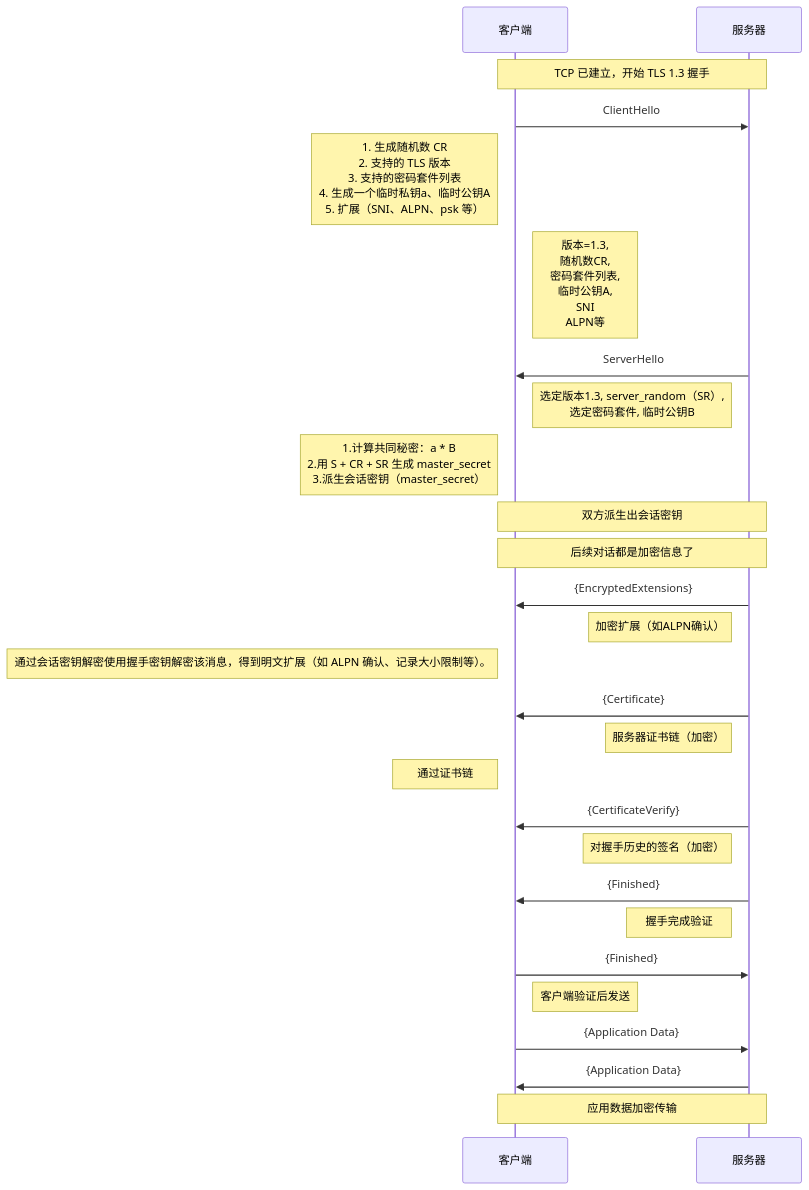
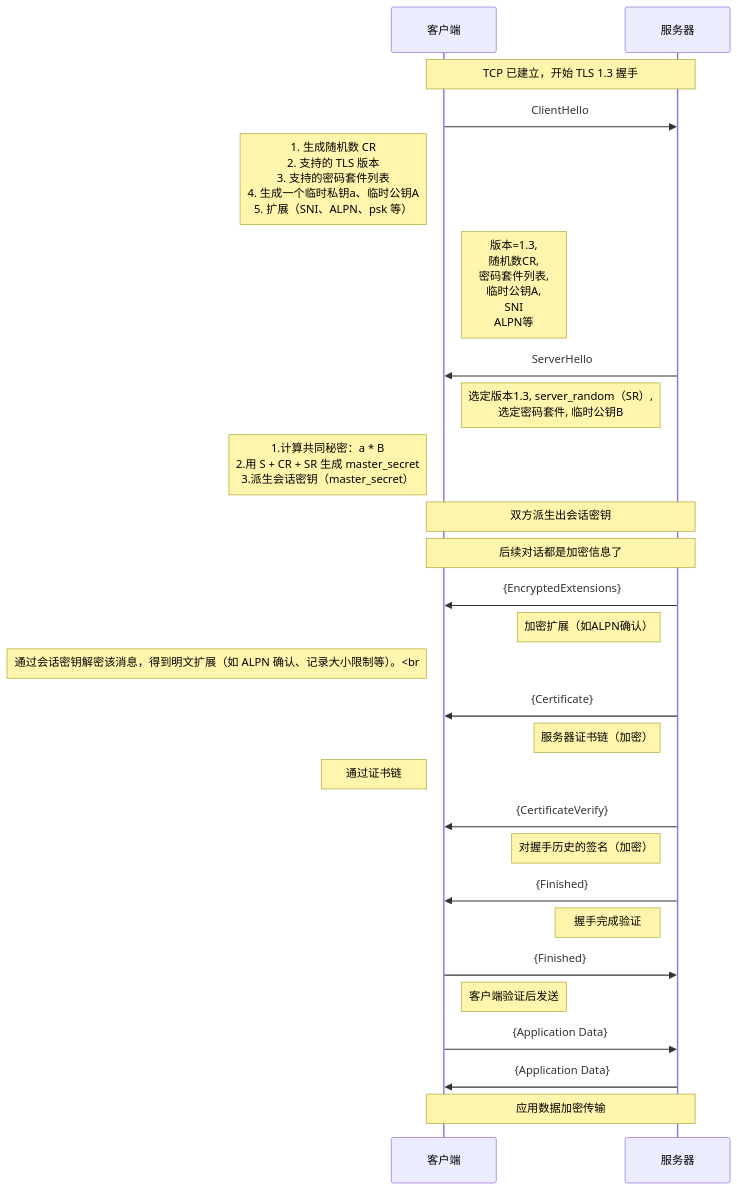
Before and after one commit to HY-10-8/iodraw-files: the diagram in all/TLS-1.3-通用.md, drawn with Mermaid.

Commit message:
2026-03-30 18:05:21 update

````diff
--- a/all/TLS-1.3-通用.md
+++ b/all/TLS-1.3-通用.md
@@ -1,39 +1,39 @@
 ```mermaid
 sequenceDiagram
     participant C as 客户端
     participant S as 服务器
 
     Note over C,S: TCP 已建立，开始 TLS 1.3 握手
 
     C->>S: ClientHello
     Note left of C: 1. 生成随机数 CR<br/> 2. 支持的 TLS 版本<br/> 3. 支持的密码套件列表<br/> 4. 生成一个临时私钥a、临时公钥A<br/> 5. 扩展（SNI、ALPN、psk 等）
     Note right of C: 版本=1.3,<br/> 随机数CR,<br/> 密码套件列表,<br/> 临时公钥A,<br/> SNI<br/> ALPN等
 
     S->>C: ServerHello
     Note left of S: 选定版本1.3, server_random（SR）,<br/> 选定密码套件, 临时公钥B
     Note left of C: 1.计算共同秘密：a * B<br/> 2.用 S + CR + SR 生成 master_secret<br/> 3.派生会话密钥（master_secret）
 
     Note over C,S: 双方派生出会话密钥
     Note over C,S: 后续对话都是加密信息了
 
     S->>C: {EncryptedExtensions}
     Note left of S: 加密扩展（如ALPN确认）
-    Note left of C: 通过会话密钥解密使用握手密钥解密该消息，得到明文扩展（如 ALPN 确认、记录大小限制等）。
+    Note left of C: 通过会话密钥解密该消息，得到明文扩展（如 ALPN 确认、记录大小限制等）。<br
 
     S->>C: {Certificate}
     Note left of S: 服务器证书链（加密）
     Note left of C: 通过证书链
 
     S->>C: {CertificateVerify}
     Note left of S: 对握手历史的签名（加密）
 
     S->>C: {Finished}
     Note left of S: 握手完成验证
 
     C->>S: {Finished}
     Note right of C: 客户端验证后发送
 
     C->>S: {Application Data}
     S->>C: {Application Data}
     Note over C,S: 应用数据加密传输
 ```
````
